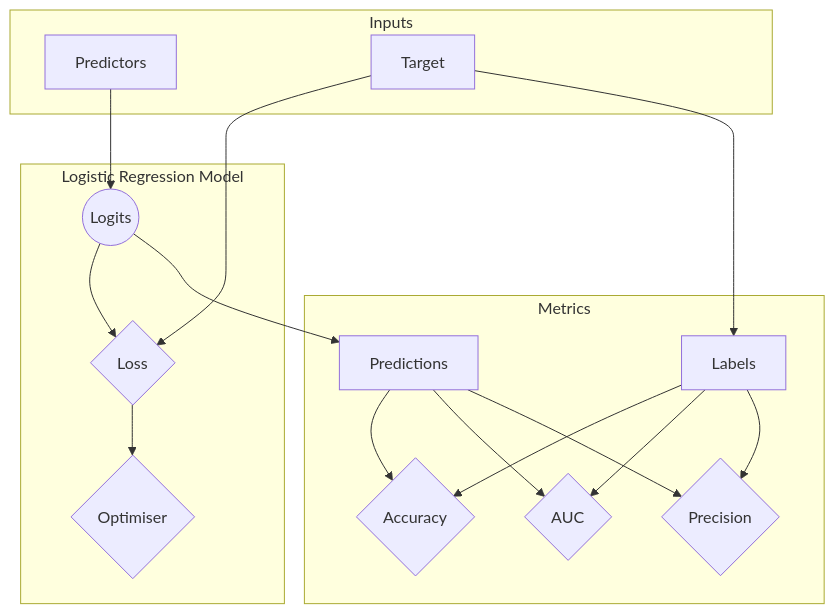
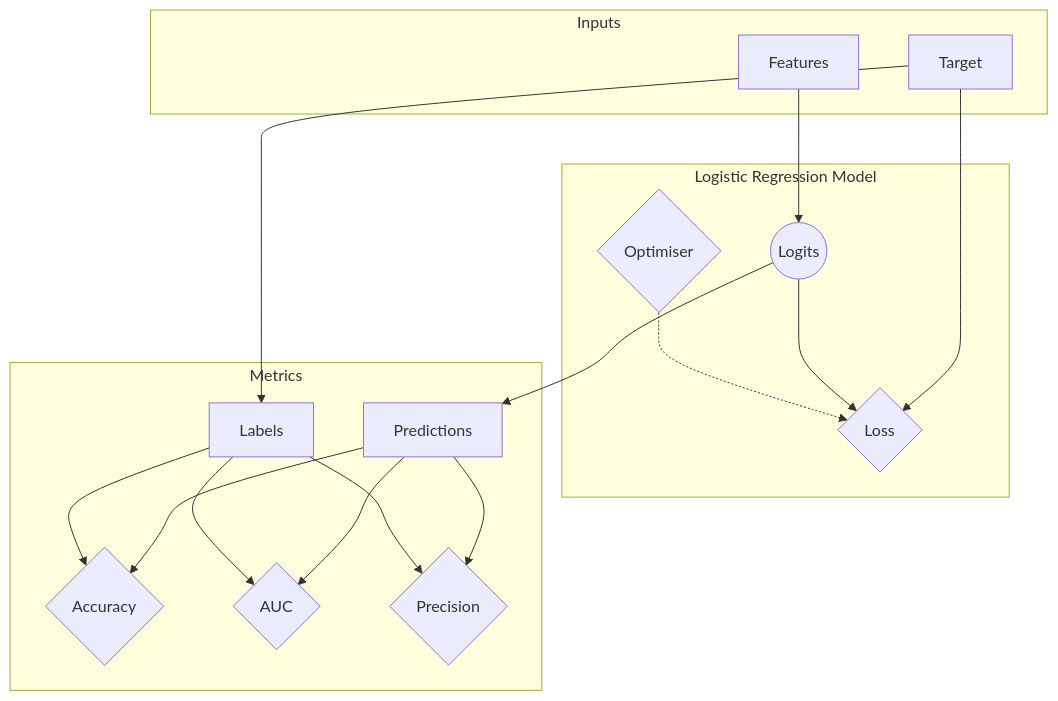
One commit to manabuo/machine-learning-using-tensorflow changed the diagram in logistic_regression.md. Above: the diagram before and after it, drawn with Mermaid. The commit also changed other lines of this file and 6 other files, not shown here.

````diff
--- a/logistic_regression.md
+++ b/logistic_regression.md
@@ -25,21 +27,21 @@
 ```mermaid
   graph TD
-    subgraph Metrics
+    subgraph Logistic Regression Model
+      ts{Optimiser}  -.-> loss{Loss}
+      logits((Logits)) --> loss{Loss}
+    end;
+      subgraph Metrics
+      logits((Logits)) --> Predictions
       Labels --> accuracy{Accuracy}
       Labels --> auc{auc}
       Labels --> precision{Precision}
       Predictions --> accuracy{Accuracy}
       Predictions --> auc{AUC}
       Predictions --> precision{Precision}
-    end
-    subgraph Logistic Regression Model
-        logits((Logits)) --> loss{Loss}
-        loss{Loss} --> ts{Optimiser}
-        logits((Logits)) --> Predictions
-    end
+    end;
     subgraph Inputs
-      Predictors--> logits((Logits))
+      Features --> logits((Logits))
+      Target --> Labels
       Target --> loss{Loss}
-      Target --> Labels
-    end
+    end;
 ```
````
